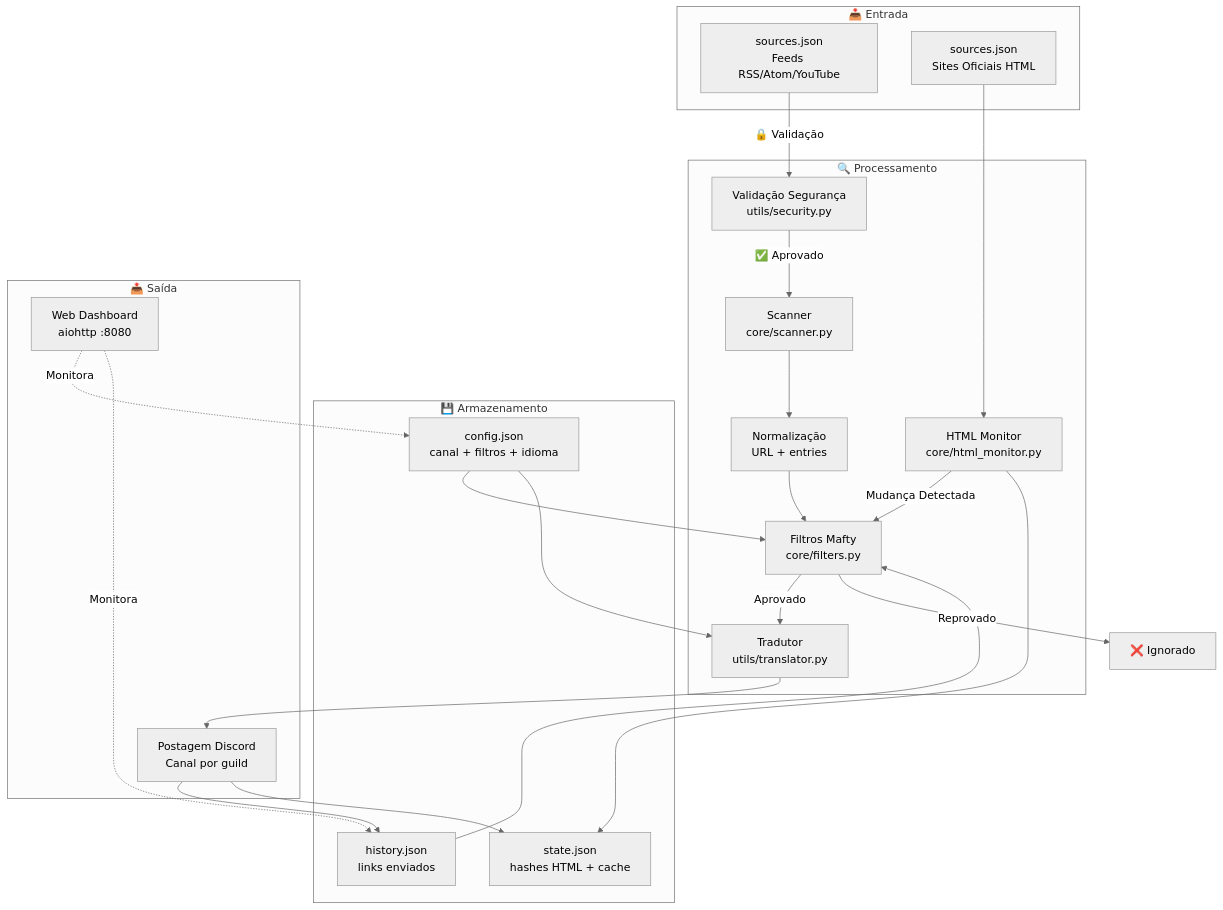
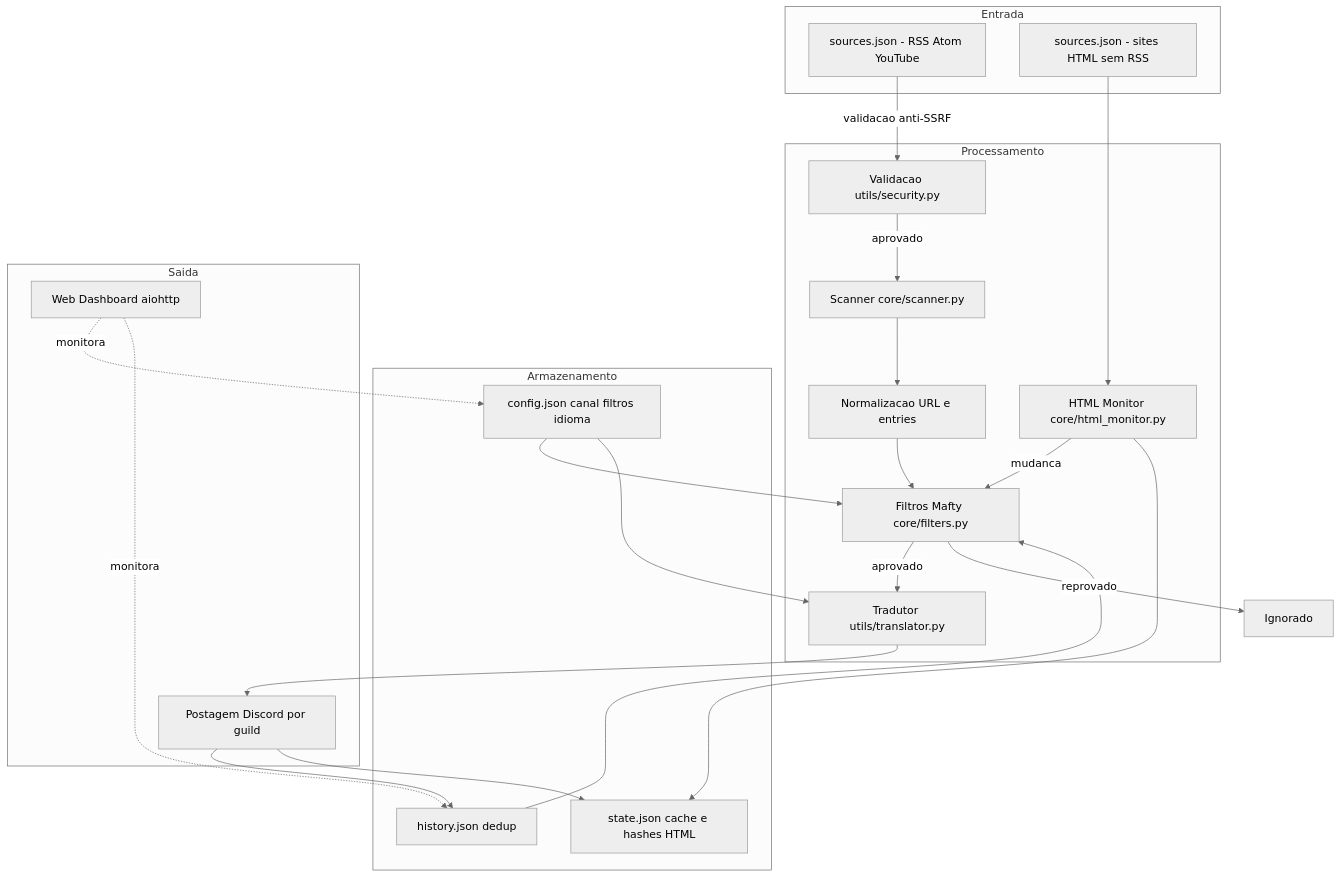
The first of 5 diagrams in README.md (carmipa/gundam-news-discord), drawn with Mermaid (neutral theme) before and after one commit. The commit also changed other lines of this file and 1 other file, not shown here.

Commit message:
docs: Move architecture documentation to a dedicated file and improve README diagrams for GitHub rendering.

````diff
--- a/README.md
+++ b/README.md
@@ -101,47 +103,47 @@
 ```mermaid
 flowchart TB
-    subgraph "📥 Entrada"
-        A["sources.json<br/>Feeds RSS/Atom/YouTube"]
-        A2["sources.json<br/>Sites Oficiais HTML"]
+    subgraph ent["Entrada"]
+        A["sources.json - RSS Atom YouTube"]
+        A2["sources.json - sites HTML sem RSS"]
     end
-    
-    subgraph "🔍 Processamento"
-        B["Scanner<br/>core/scanner.py"]
-        J["HTML Monitor<br/>core/html_monitor.py"]
-        C["Normalização<br/>URL + entries"]
-        D["Filtros Mafty<br/>core/filters.py"]
-        E["Tradutor<br/>utils/translator.py"]
-        S["Validação Segurança<br/>utils/security.py"]
+
+    subgraph proc["Processamento"]
+        B["Scanner core/scanner.py"]
+        J["HTML Monitor core/html_monitor.py"]
+        C["Normalizacao URL e entries"]
+        D["Filtros Mafty core/filters.py"]
+        E["Tradutor utils/translator.py"]
+        S["Validacao utils/security.py"]
     end
-    
-    subgraph "💾 Armazenamento"
-        H["config.json<br/>canal + filtros + idioma"]
-        I["history.json<br/>links enviados"]
-        K["state.json<br/>hashes HTML + cache"]
+
+    subgraph stor["Armazenamento"]
+        H["config.json canal filtros idioma"]
+        I["history.json dedup"]
+        K["state.json cache e hashes HTML"]
     end
-    
-    subgraph "📤 Saída"
-        F["Postagem Discord<br/>Canal por guild"]
-        W["Web Dashboard<br/>aiohttp :8080"]
+
+    subgraph out["Saida"]
+        F["Postagem Discord por guild"]
+        W["Web Dashboard aiohttp"]
     end
-    
-    A -->|"🔒 Validação"| S
-    S -->|"✅ Aprovado"| B
+
+    A -->|validacao anti-SSRF| S
+    S -->|aprovado| B
     A2 --> J
     B --> C
-    J -->|"Mudança Detectada"| D
+    J -->|mudanca| D
     C --> D
-    D -->|"Aprovado"| E
-    D -->|"Reprovado"| G["❌ Ignorado"]
+    D -->|aprovado| E
+    D -->|reprovado| G["Ignorado"]
     E --> F
-    
+
     H --> D
     H --> E
     I --> D
     F --> I
     F --> K
     J --> K
-    
-    W -.->|"Monitora"| H
-    W -.->|"Monitora"| I
+
+    W -.->|monitora| H
+    W -.->|monitora| I
 ```
````
